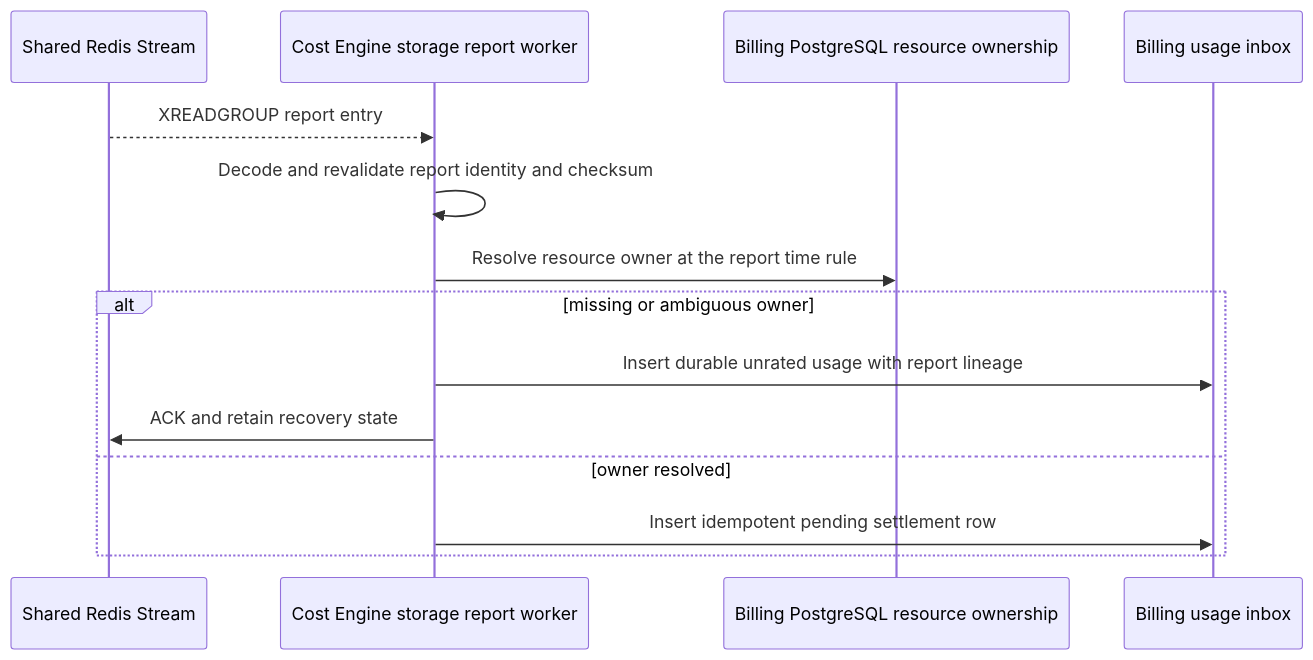
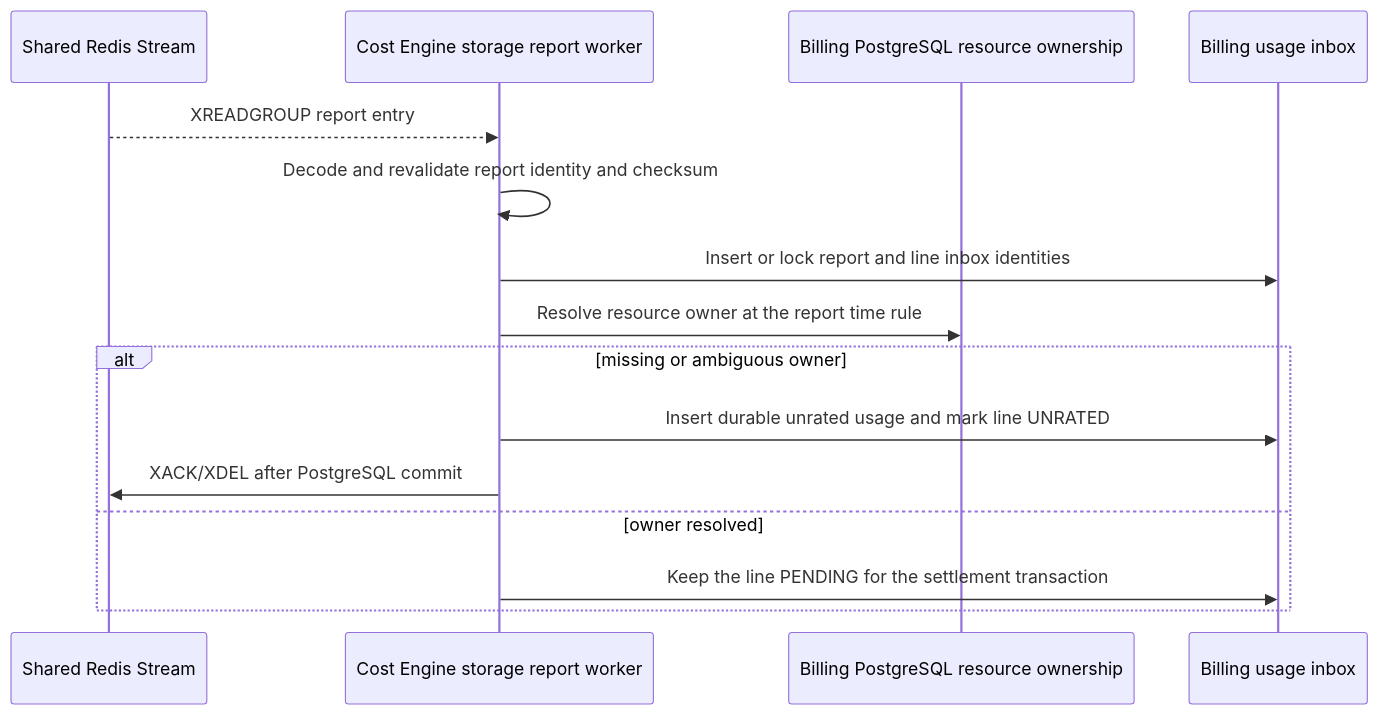
Before and after one commit to phucle996/aurora: the second of 3 diagrams in god_view/billing/billing_storage_usage_settlement_god_view_workflow.md, drawn with Mermaid. The commit also changed other lines of this file and 8 other files, not shown here.

Commit message:
feat: add opt-in storage usage report settlement

````diff
--- a/god_view/billing/billing_storage_usage_settlement_god_view_workflow.md
+++ b/god_view/billing/billing_storage_usage_settlement_god_view_workflow.md
@@ -71,17 +74,18 @@
 ```mermaid
 sequenceDiagram
     participant R as Shared Redis Stream
     participant E as Cost Engine storage report worker
     participant B as Billing PostgreSQL resource ownership
     participant I as Billing usage inbox
 
     R-->>E: XREADGROUP report entry
     E->>E: Decode and revalidate report identity and checksum
+    E->>I: Insert or lock report and line inbox identities
     E->>B: Resolve resource owner at the report time rule
     alt missing or ambiguous owner
-        E->>I: Insert durable unrated usage with report lineage
-        E->>R: ACK and retain recovery state
+        E->>I: Insert durable unrated usage and mark line UNRATED
+        E->>R: XACK/XDEL after PostgreSQL commit
     else owner resolved
-        E->>I: Insert idempotent pending settlement row
+        E->>I: Keep the line PENDING for the settlement transaction
     end
 ```
````
